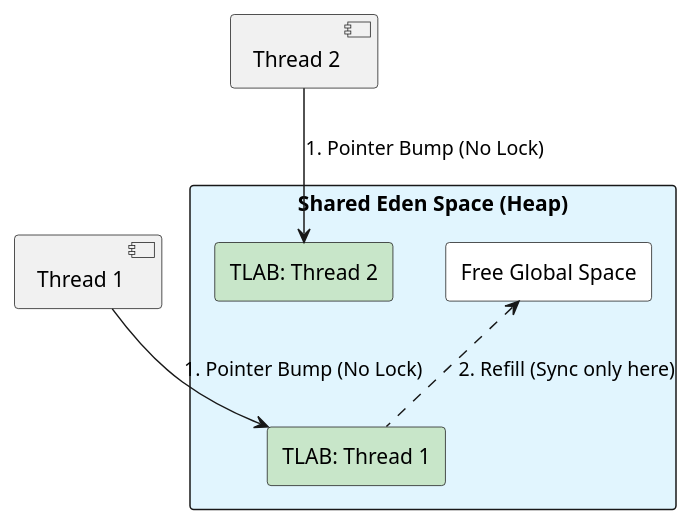
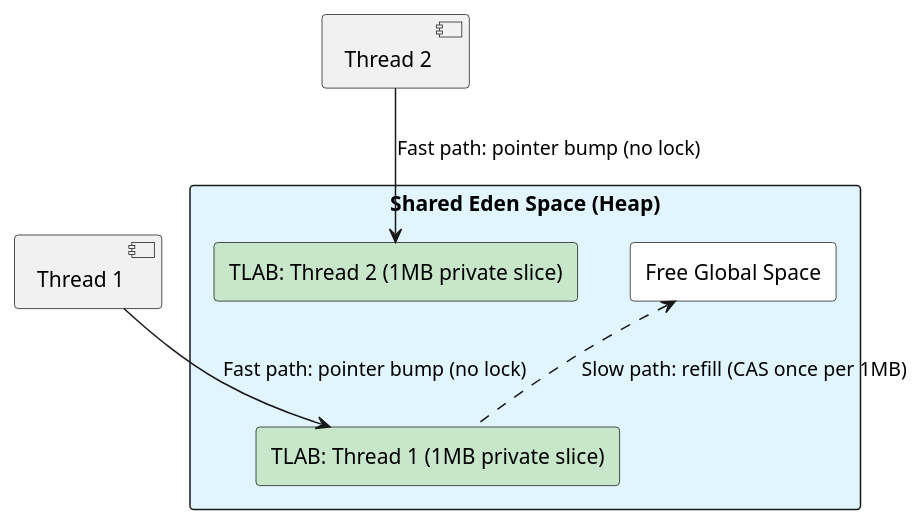
Before and after one commit to Qunfong/Developtment_learning: the diagram in Chapter_01_Core_Java/01_Advanced_Data_Structures.md, drawn with PlantUML. The commit also changed other lines of this file and 99 other files, not shown here.

````diff
--- a/Chapter_01_Core_Java/01_Advanced_Data_Structures.md
+++ b/Chapter_01_Core_Java/01_Advanced_Data_Structures.md
@@ -48,17 +82,17 @@
 ```plantuml
 @startuml
 skinparam shadowing false
 skinparam packageStyle rectangle
 skinparam defaultFontName sans-serif
 
 rectangle "Shared Eden Space (Heap)" #e1f5fe {
-  rectangle "TLAB: Thread 1" #c8e6c9
-  rectangle "TLAB: Thread 2" #c8e6c9
+  rectangle "TLAB: Thread 1 (1MB private slice)" #c8e6c9
+  rectangle "TLAB: Thread 2 (1MB private slice)" #c8e6c9
   rectangle "Free Global Space" #ffffff
 }
 
-[Thread 1] -down-> "TLAB: Thread 1" : 1. Pointer Bump (No Lock)
-[Thread 2] -down-> "TLAB: Thread 2" : 1. Pointer Bump (No Lock)
-"TLAB: Thread 1" .up.> "Free Global Space" : 2. Refill (Sync only here)
+[Thread 1] -down-> "TLAB: Thread 1 (1MB private slice)" : Fast path: pointer bump (no lock)
+[Thread 2] -down-> "TLAB: Thread 2 (1MB private slice)" : Fast path: pointer bump (no lock)
+"TLAB: Thread 1 (1MB private slice)" .up.> "Free Global Space" : Slow path: refill (CAS once per 1MB)
 @enduml
 ```
````
